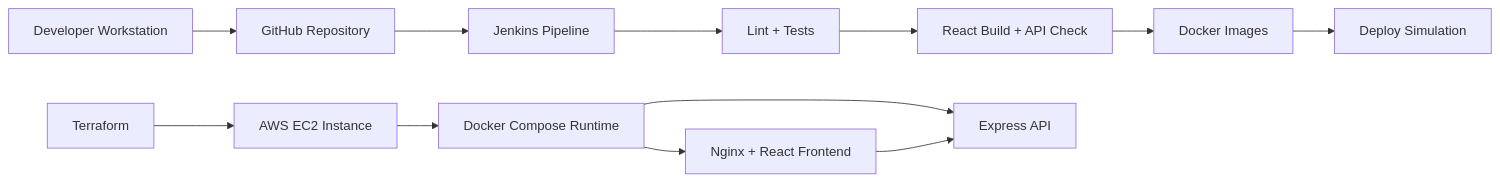
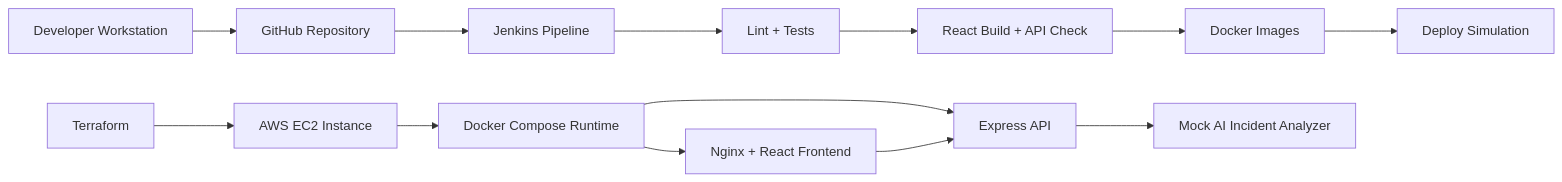
The first of 2 diagrams in docs/architecture.md (idocarmi1/devsecops-ci-cd-pipeline), drawn with Mermaid before and after one commit. The commit also changed other lines of this file and 11 other files, not shown here.

````diff
--- a/docs/architecture.md
+++ b/docs/architecture.md
@@ -5,14 +5,15 @@
 ```mermaid
 flowchart LR
   developer["Developer Workstation"] --> github["GitHub Repository"]
   github --> jenkins["Jenkins Pipeline"]
   jenkins --> tests["Lint + Tests"]
   tests --> build["React Build + API Check"]
   build --> docker["Docker Images"]
   docker --> deploy["Deploy Simulation"]
   terraform["Terraform"] --> aws["AWS EC2 Instance"]
   aws --> compose["Docker Compose Runtime"]
   compose --> frontend["Nginx + React Frontend"]
   compose --> backend["Express API"]
   frontend --> backend
+  backend --> ai["Mock AI Incident Analyzer"]
 ```
````
